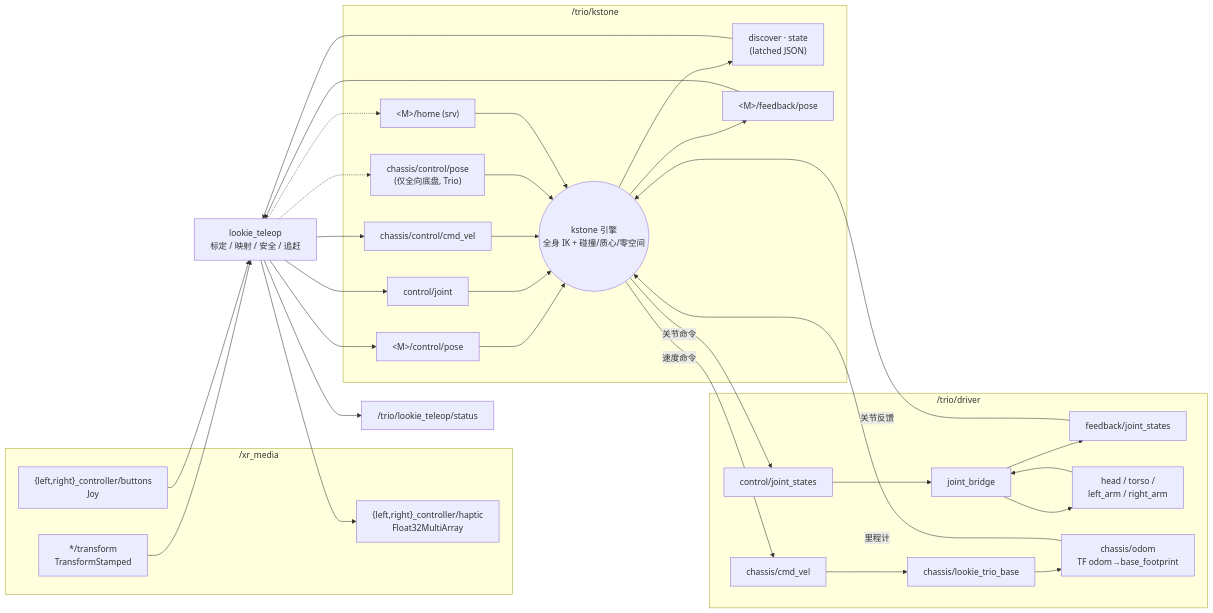
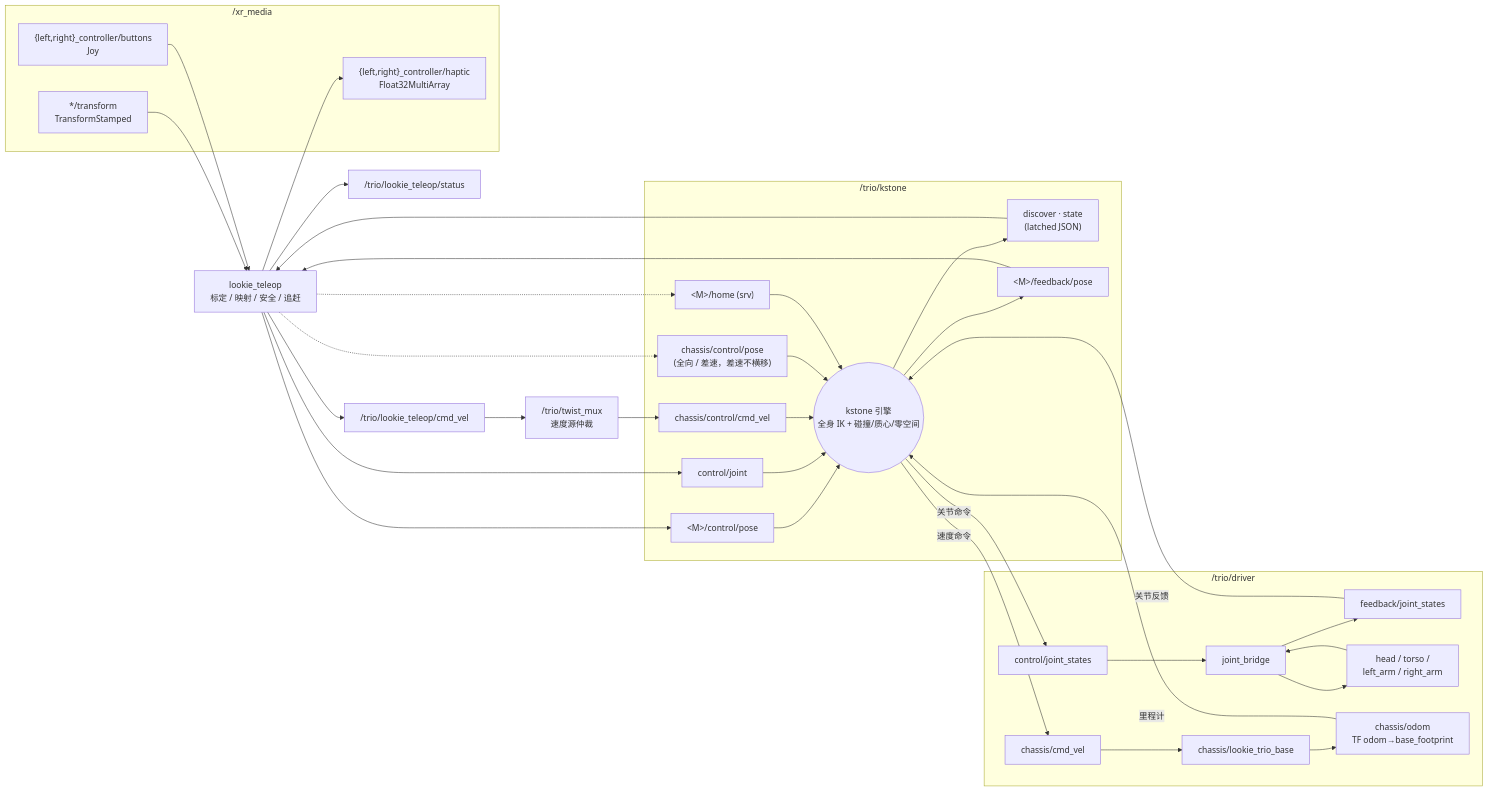
The fourth of 7 diagrams in docs/architecture.zh-CN.md (AgilexOpensource/lookie_ros), drawn with Mermaid before and after one commit. The commit also changed other lines of this file and 23 other files, not shown here.

````diff
--- a/docs/architecture.zh-CN.md
+++ b/docs/architecture.zh-CN.md
@@ -105,49 +107,52 @@
 ```mermaid
 flowchart LR
     subgraph XRN["/xr_media"]
         XT["*/transform<br/>TransformStamped"]
         XB["{left,right}_controller/buttons<br/>Joy"]
         XH["{left,right}_controller/haptic<br/>Float32MultiArray"]
     end
 
     TEL["lookie_teleop<br/>标定 / 映射 / 安全 / 追赶"]
+    TV["/trio/lookie_teleop/cmd_vel"]
+    MUX["/trio/twist_mux<br/>速度源仲裁"]
 
     subgraph KS["/trio/kstone"]
         KD["discover · state<br/>(latched JSON)"]
         KP["&lt;M&gt;/control/pose"]
         KJ["control/joint"]
         KV["chassis/control/cmd_vel"]
-        KC["chassis/control/pose<br/>(仅全向底盘, Trio)"]
+        KC["chassis/control/pose<br/>(全向 / 差速，差速不横移)"]
         KH["&lt;M&gt;/home (srv)"]
         KF["&lt;M&gt;/feedback/pose"]
         ENG(("kstone 引擎<br/>全身 IK + 碰撞/质心/零空间"))
     end
 
     subgraph DV["/trio/driver"]
         FB["feedback/joint_states"]
         CT["control/joint_states"]
         JB["joint_bridge"]
         MODS["head / torso /<br/>left_arm / right_arm"]
         CV["chassis/cmd_vel"]
         OD["chassis/odom<br/>TF odom→base_footprint"]
         SC["chassis/lookie_trio_base"]
     end
 
     XT & XB --> TEL
     TEL --> XH
     KD --> TEL
     KF --> TEL
-    TEL --> KP & KJ & KV
+    TEL --> KP & KJ
+    TEL --> TV --> MUX --> KV
     TEL -.-> KC
     TEL --> ST["/trio/lookie_teleop/status"]
     TEL -.-> KH
     KP & KJ & KV & KC & KH --> ENG
     ENG --> KD & KF
     FB -->|关节反馈| ENG
     OD -->|里程计| ENG
     ENG -->|关节命令| CT
     ENG -->|速度命令| CV
     CT --> JB --> MODS
     MODS --> JB --> FB
     CV --> SC --> OD
 ```
````
